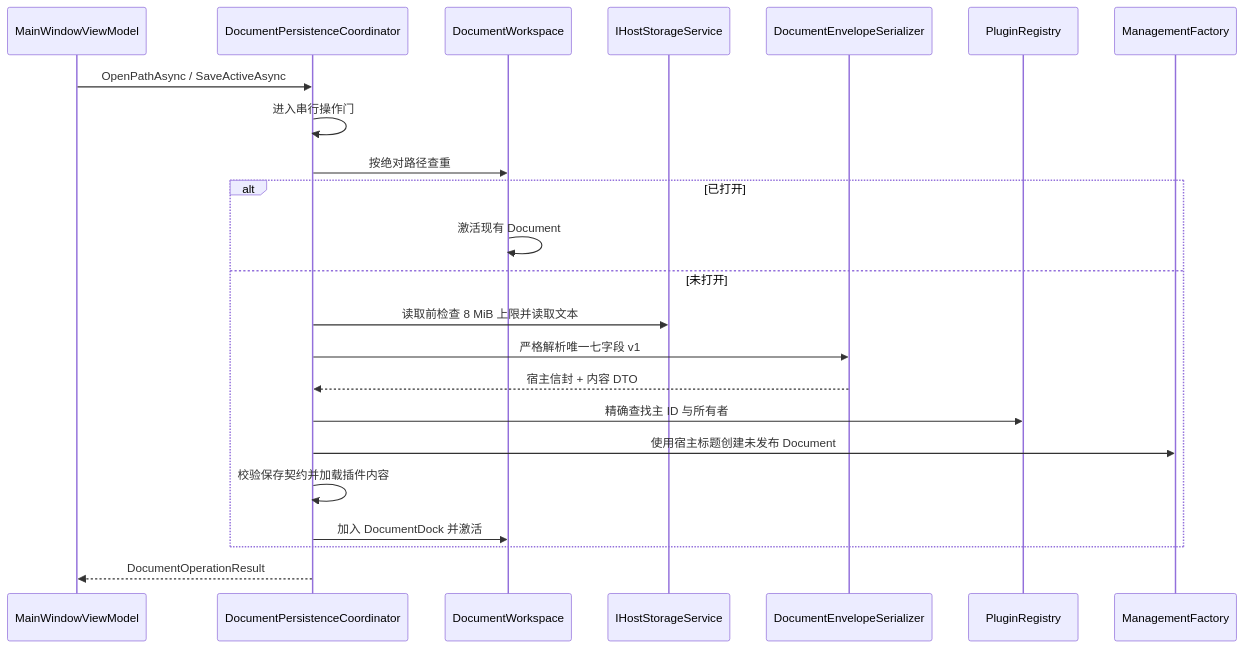
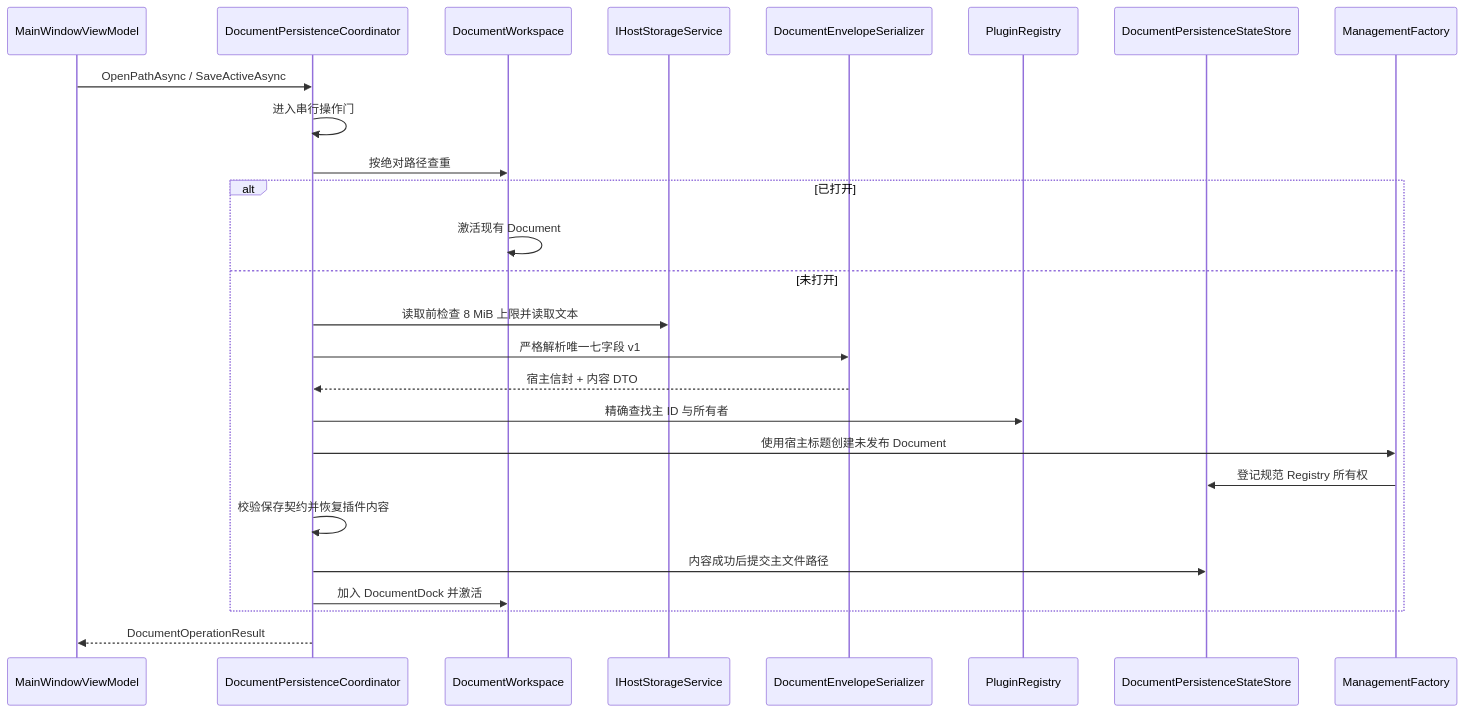
The second of 2 diagrams in Host/MyAvaloniaManagement/docs/design/architecture.md (crownclowngx/avalonia_dock_simple_test), drawn with Mermaid before and after one commit. The commit also changed other lines of this file and 44 other files, not shown here.

````diff
--- a/Host/MyAvaloniaManagement/docs/design/architecture.md
+++ b/Host/MyAvaloniaManagement/docs/design/architecture.md
@@ -157,26 +157,29 @@
 ```mermaid
 sequenceDiagram
     participant VM as MainWindowViewModel
     participant C as DocumentPersistenceCoordinator
     participant W as DocumentWorkspace
     participant S as IHostStorageService
     participant E as DocumentEnvelopeSerializer
     participant R as PluginRegistry
+    participant P as DocumentPersistenceStateStore
     participant F as ManagementFactory
 
     VM->>C: OpenPathAsync / SaveActiveAsync
     C->>C: 进入串行操作门
     C->>W: 按绝对路径查重
     alt 已打开
         W->>W: 激活现有 Document
     else 未打开
         C->>S: 读取前检查 8 MiB 上限并读取文本
         C->>E: 严格解析唯一七字段 v1
         E-->>C: 宿主信封 + 内容 DTO
         C->>R: 精确查找主 ID 与所有者
         C->>F: 使用宿主标题创建未发布 Document
-        C->>C: 校验保存契约并加载插件内容
+        F->>P: 登记规范 Registry 所有权
+        C->>C: 校验保存契约并恢复插件内容
+        C->>P: 内容成功后提交主文件路径
         C->>W: 加入 DocumentDock 并激活
     end
     C-->>VM: DocumentOperationResult
 ```
````
